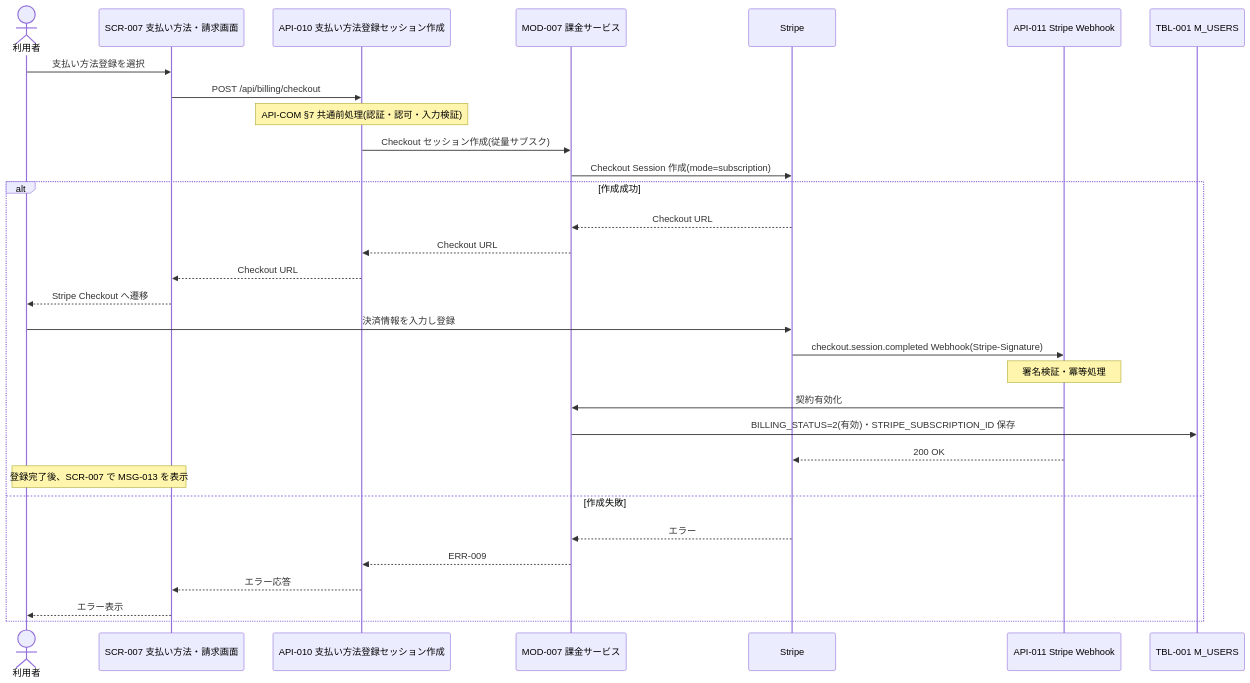
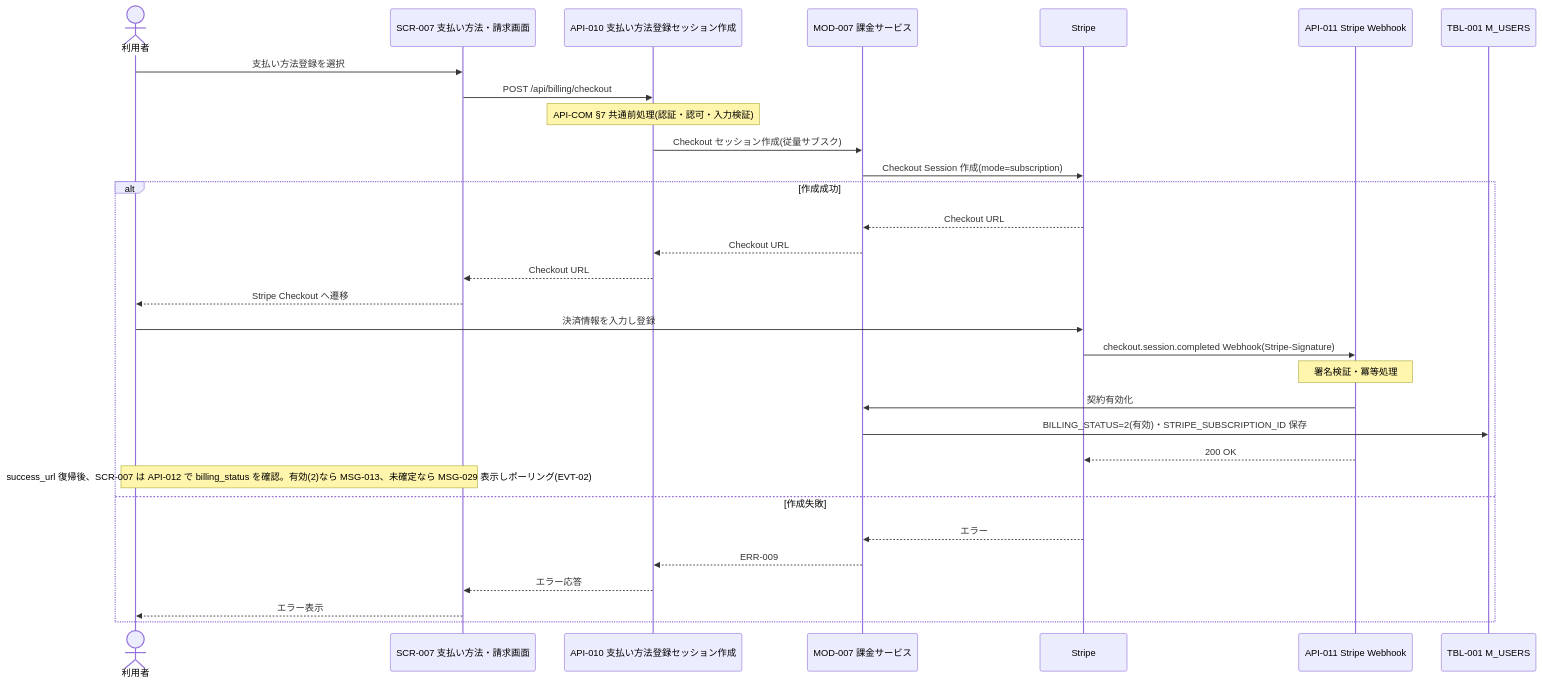
Before and after one commit to sikakou54/system-document-template: the diagram in docs/02_機能設計/08_シーケンス設計/SEQ-004_支払い方法登録シーケンス.md, drawn with Mermaid. The commit also changed other lines of this file and 52 other files, not shown here.

````diff
--- a/docs/02_機能設計/08_シーケンス設計/SEQ-004_支払い方法登録シーケンス.md
+++ b/docs/02_機能設計/08_シーケンス設計/SEQ-004_支払い方法登録シーケンス.md
@@ -25,34 +25,34 @@
 ```mermaid
 sequenceDiagram
     actor U as 利用者
     participant SCR as SCR-007 支払い方法・請求画面
     participant API10 as API-010 支払い方法登録セッション作成
     participant MOD as MOD-007 課金サービス
     participant STR as Stripe
     participant API11 as API-011 Stripe Webhook
     participant USR as TBL-001 M_USERS
 
     U->>SCR: 支払い方法登録を選択
     SCR->>API10: POST /api/billing/checkout
     Note over API10: API-COM §7 共通前処理(認証・認可・入力検証)
     API10->>MOD: Checkout セッション作成(従量サブスク)
     MOD->>STR: Checkout Session 作成(mode=subscription)
     alt 作成成功
         STR-->>MOD: Checkout URL
         MOD-->>API10: Checkout URL
         API10-->>SCR: Checkout URL
         SCR-->>U: Stripe Checkout へ遷移
         U->>STR: 決済情報を入力し登録
         STR->>API11: checkout.session.completed Webhook(Stripe-Signature)
         Note over API11: 署名検証・冪等処理
         API11->>MOD: 契約有効化
         MOD->>USR: BILLING_STATUS=2(有効)・STRIPE_SUBSCRIPTION_ID 保存
         API11-->>STR: 200 OK
-        Note over U,SCR: 登録完了後、SCR-007 で MSG-013 を表示
+        Note over U,SCR: success_url 復帰後、SCR-007 は API-012 で billing_status を確認。有効(2)なら MSG-013、未確定なら MSG-029 表示しポーリング(EVT-02)
     else 作成失敗
         STR-->>MOD: エラー
         MOD-->>API10: ERR-009
         API10-->>SCR: エラー応答
         SCR-->>U: エラー表示
     end
 ```
````
